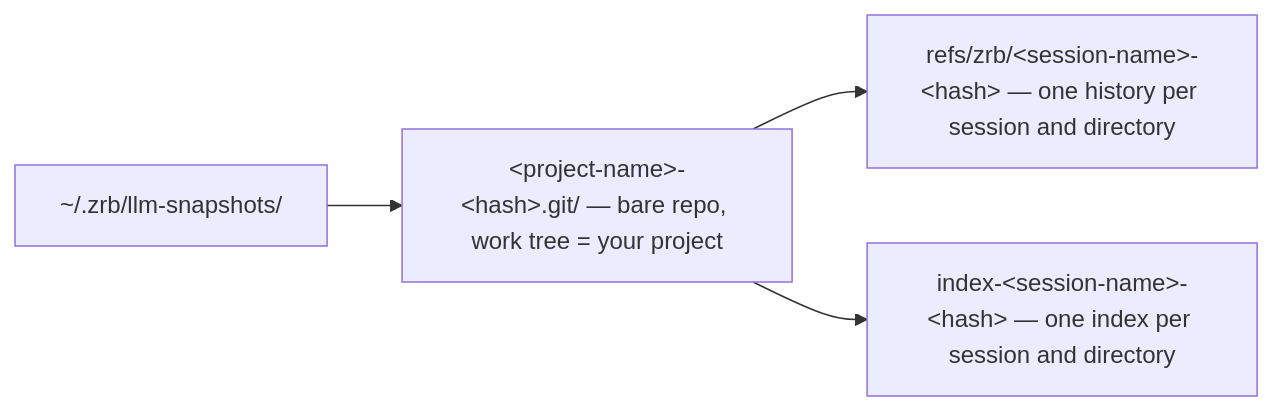
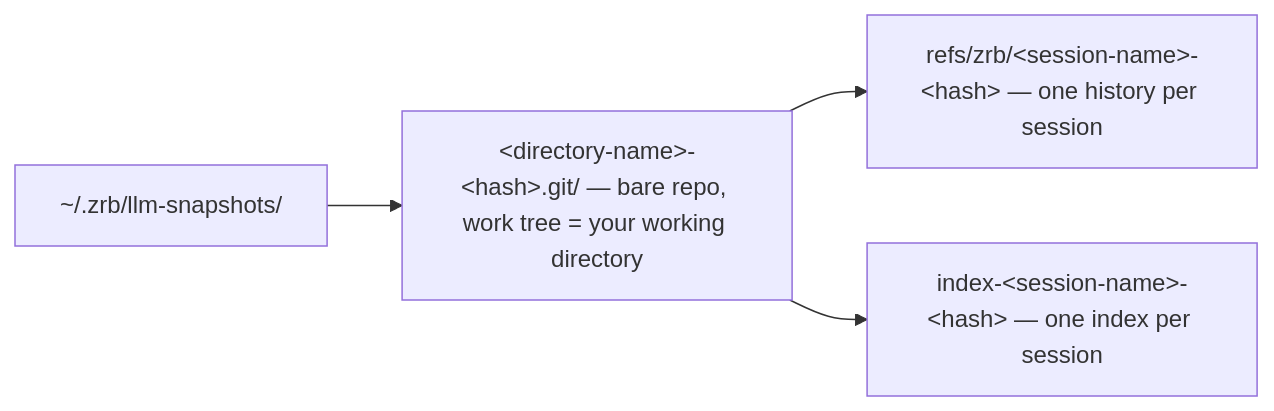
One commit to state-alchemists/zrb changed the second of 3 diagrams in docs/configuration/llm-config.md. Above: the diagram before and after it, drawn with Mermaid. The commit also changed other lines of this file and 36 other files, not shown here.

````diff
--- a/docs/configuration/llm-config.md
+++ b/docs/configuration/llm-config.md
@@ -507,6 +508,6 @@
 ```mermaid
 flowchart LR
-    Root["~/.zrb/llm-snapshots/"] --> Store["&lt;project-name&gt;-&lt;hash&gt;.git/ — bare repo, work tree = your project"]
-    Store --> Refs["refs/zrb/&lt;session-name&gt;-&lt;hash&gt; — one history per session and directory"]
-    Store --> Index["index-&lt;session-name&gt;-&lt;hash&gt; — one index per session and directory"]
+    Root["~/.zrb/llm-snapshots/"] --> Store["&lt;directory-name&gt;-&lt;hash&gt;.git/ — bare repo, work tree = your working directory"]
+    Store --> Refs["refs/zrb/&lt;session-name&gt;-&lt;hash&gt; — one history per session"]
+    Store --> Index["index-&lt;session-name&gt;-&lt;hash&gt; — one index per session"]
 ```
````
